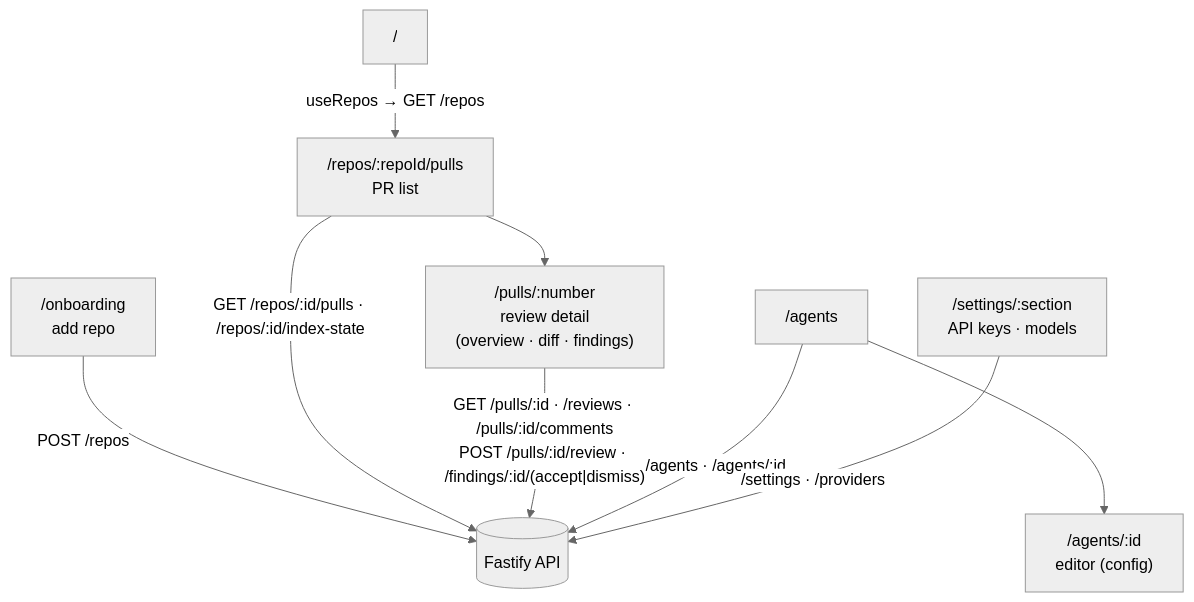
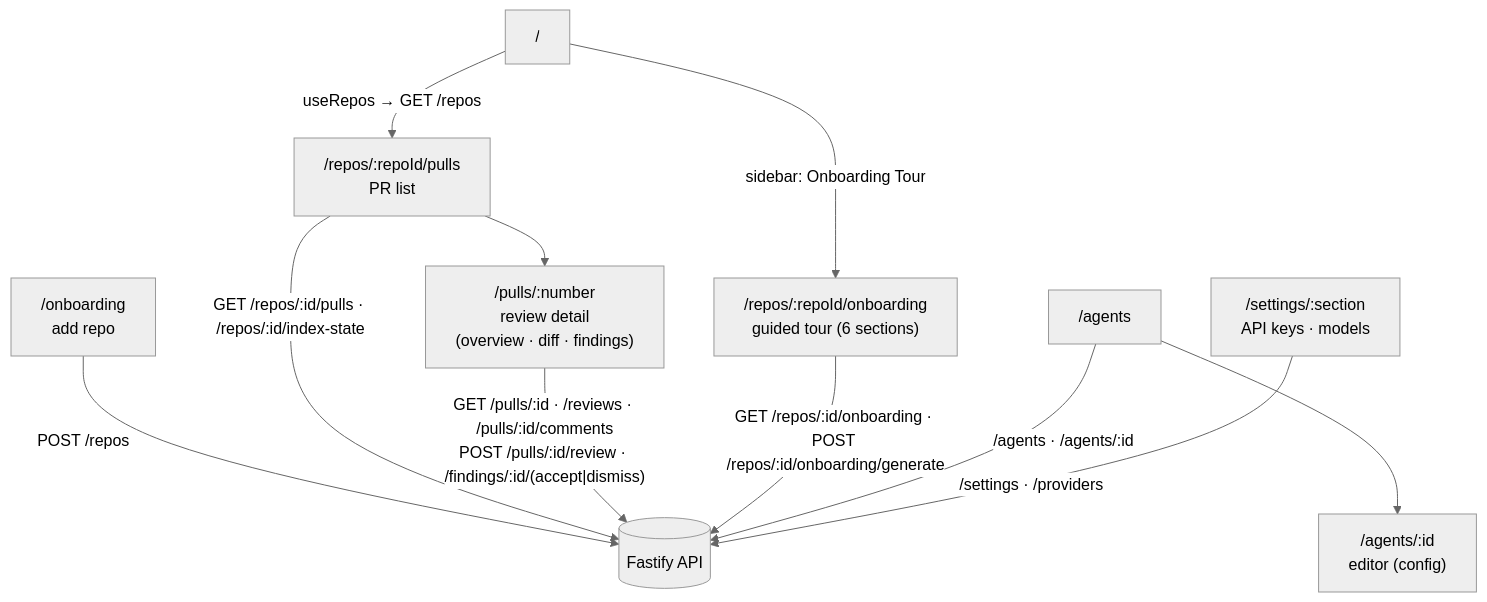
The diagram in client/README.md (ZhabskyiO/dev-digest), drawn with Mermaid (neutral theme) before and after one commit. The commit also changed other lines of this file and 4 other files, not shown here.

First line of the commit message:
docs(onboarding): document the tour and capture session insights

````diff
--- a/client/README.md
+++ b/client/README.md
@@ -24,14 +24,16 @@
 ```mermaid
 flowchart TD
   ROOT["/"] -->|"useRepos → GET /repos"| PULLS["/repos/:repoId/pulls<br/>PR list"]
+  ROOT -->|"sidebar: Onboarding Tour"| TOUR["/repos/:repoId/onboarding<br/>guided tour (6 sections)"]
   ONB["/onboarding<br/>add repo"] -->|"POST /repos"| API[("Fastify API")]
   PULLS --> PR["/pulls/:number<br/>review detail<br/>(overview · diff · findings)"]
 
   AGENTS["/agents"] --> AGENT["/agents/:id<br/>editor (config)"]
   SETTINGS["/settings/:section<br/>API keys · models"]
 
   PULLS -->|"GET /repos/:id/pulls · /repos/:id/index-state"| API
   PR -->|"GET /pulls/:id · /reviews · /pulls/:id/comments<br/>POST /pulls/:id/review · /findings/:id/(accept|dismiss)"| API
+  TOUR -->|"GET /repos/:id/onboarding · POST /repos/:id/onboarding/generate"| API
   AGENTS -->|"/agents · /agents/:id"| API
   SETTINGS -->|"/settings · /providers"| API
 ```
````
